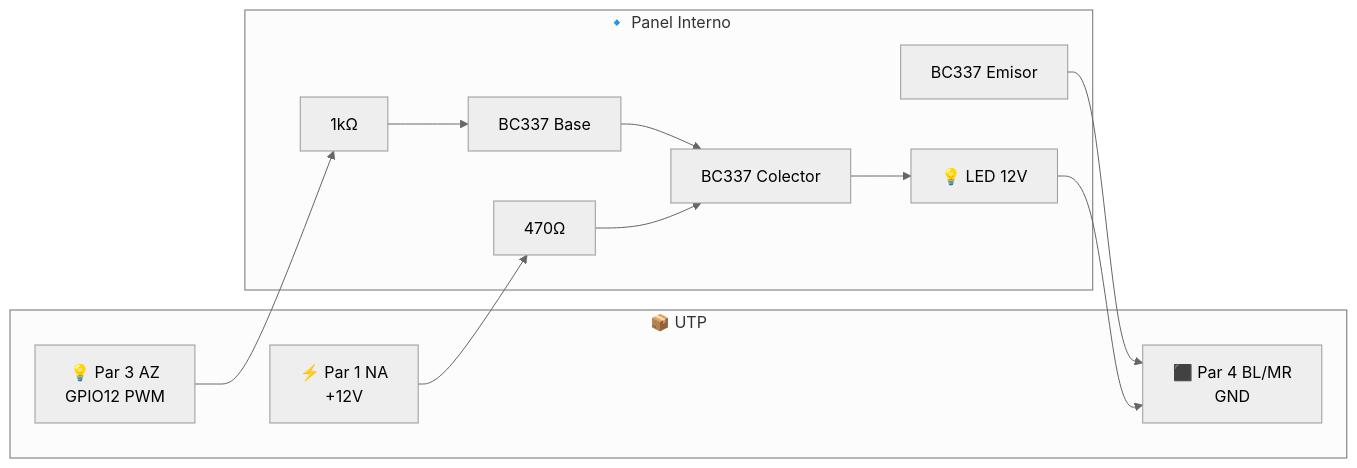
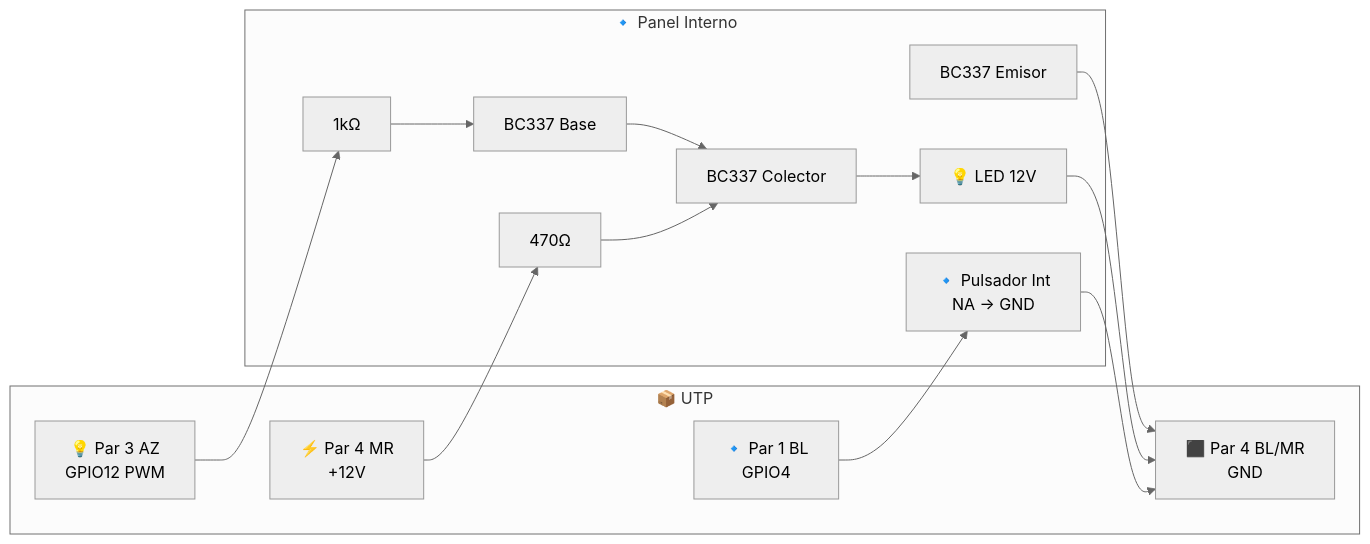
The fourth of 10 diagrams in SYSTEM_DEFINITION.md (abelbour/Abrepuertas), drawn with Mermaid (neutral theme) before and after one commit. The commit also changed other lines of this file, not shown here.

````diff
--- a/SYSTEM_DEFINITION.md
+++ b/SYSTEM_DEFINITION.md
@@ -399,19 +397,23 @@
 ```mermaid
 flowchart LR
     subgraph UTP["📦 UTP"]
         AZ["💡 Par 3 AZ<br/>GPIO12 PWM"]
-        NA["⚡ Par 1 NA<br/>+12V"]
+        P4MR["⚡ Par 4 MR<br/>+12V"]
         GND["⬛ Par 4 BL/MR<br/>GND"]
+        P1BL["🔹 Par 1 BL<br/>GPIO4"]
     end
 
     subgraph Panel["🔹 Panel Interno"]
         R1[1kΩ] --> B[BC337 Base]
         AZ --> R1
         B --> C[BC337 Colector]
-        NA --> R2[470Ω] --> C
+        P4MR --> R2[470Ω] --> C
         E[BC337 Emisor] --> GND
 
         C --> LED12["💡 LED 12V"]
         LED12 --> GND
+
+        P1BL --> BtnInt["🔹 Pulsador Int<br/>NA → GND"]
+        BtnInt --> GND
     end
 ```
````
